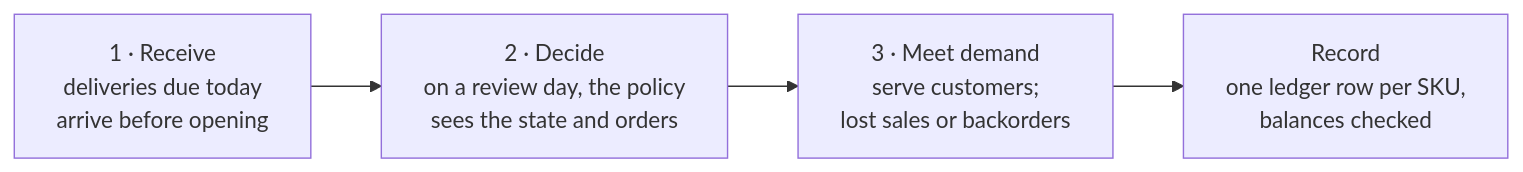
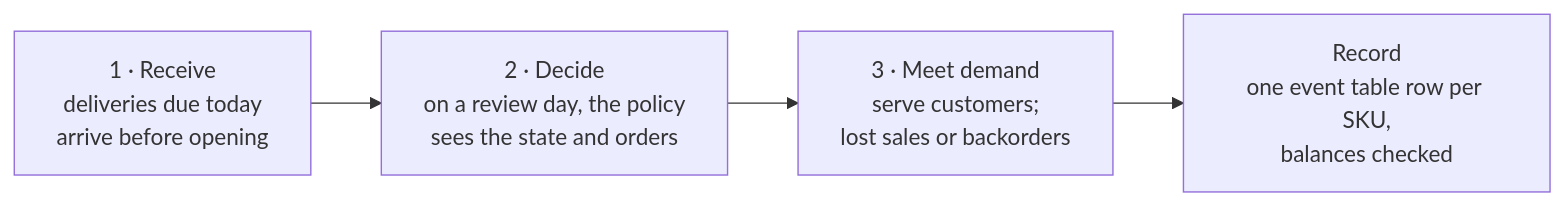
Before and after one commit to FilTheo/stockcast: the diagram in docs/learn/05-engine.md, drawn with Mermaid. The commit also changed other lines of this file and 66 other files, not shown here.

First line of the commit message:
Docs: call the run record the "event table", not the "ledger"

````diff
--- a/docs/learn/05-engine.md
+++ b/docs/learn/05-engine.md
@@ -13,6 +13,6 @@
 ```mermaid
 flowchart LR
     A["1 · Receive<br/>deliveries due today<br/>arrive before opening"] --> B["2 · Decide<br/>on a review day, the policy<br/>sees the state and orders"]
     B --> C["3 · Meet demand<br/>serve customers;<br/>lost sales or backorders"]
-    C --> D["Record<br/>one ledger row per SKU,<br/>balances checked"]
+    C --> D["Record<br/>one event table row per SKU,<br/>balances checked"]
 ```
````
